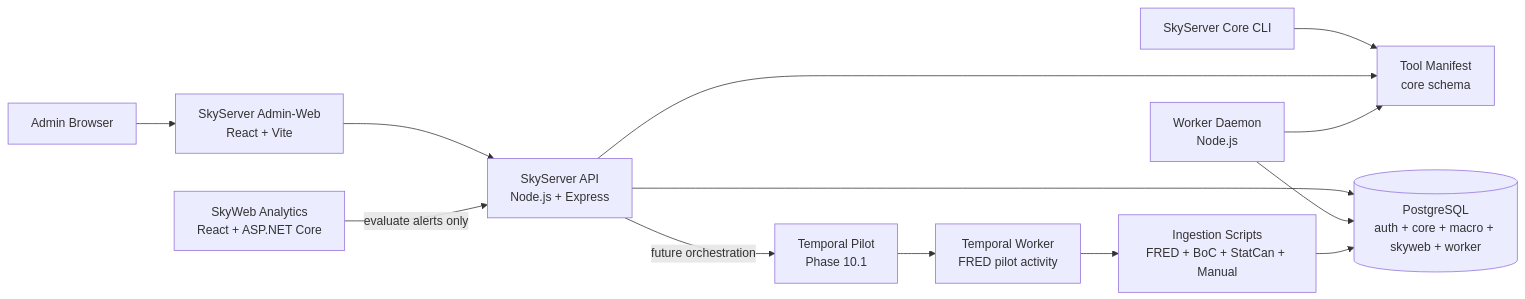
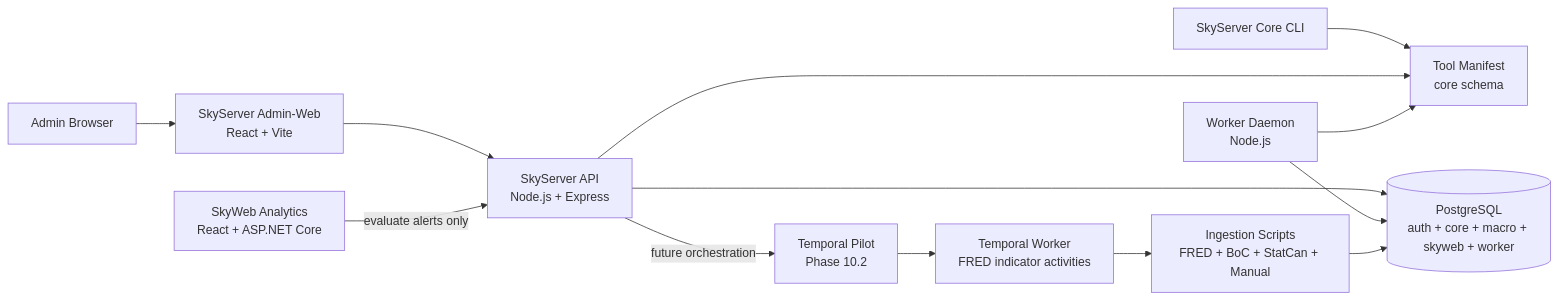
One commit to PStar1980/SkyCommand changed the diagram in README.md. Above: the diagram before and after it, drawn with Mermaid. The commit also changed other lines of this file and 6 other files, not shown here.

Commit message:
FRED Temporal workflow enhancement

````diff
--- a/README.md
+++ b/README.md
@@ -54,15 +54,15 @@
 ```mermaid
 flowchart LR
     Admin[Admin Browser] --> AdminWeb["SkyServer Admin-Web<br/>React + Vite"]
     AdminWeb --> Api["SkyServer API<br/>Node.js + Express"]
     Core[SkyServer Core CLI] --> Tools["Tool Manifest<br/>core schema"]
     Api --> Tools
     Api --> Db[("PostgreSQL<br/>auth + core + macro + skyweb + worker")]
     Worker["Worker Daemon<br/>Node.js"] --> Db
     Worker --> Tools
     Ingestion["Ingestion Scripts<br/>FRED + BoC + StatCan + Manual"] --> Db
     SkyWeb["SkyWeb Analytics<br/>React + ASP.NET Core"] -->|evaluate alerts only| Api
-    Api -->|future orchestration| Temporal["Temporal Pilot<br/>Phase 10.1"]
-    Temporal --> TemporalWorker["Temporal Worker<br/>FRED pilot activity"]
+    Api -->|future orchestration| Temporal["Temporal Pilot<br/>Phase 10.2"]
+    Temporal --> TemporalWorker["Temporal Worker<br/>FRED indicator activities"]
     TemporalWorker --> Ingestion
 ```
````
